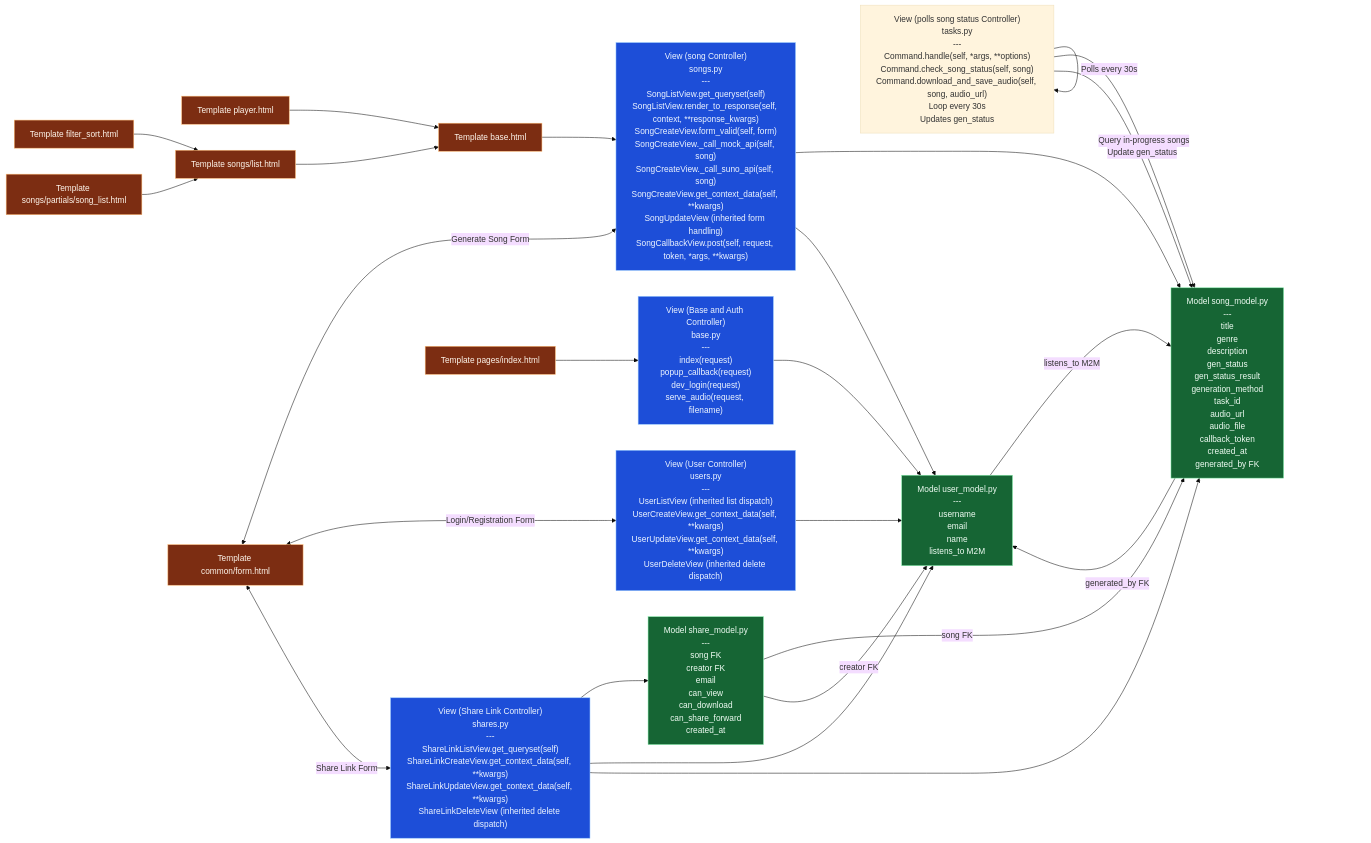
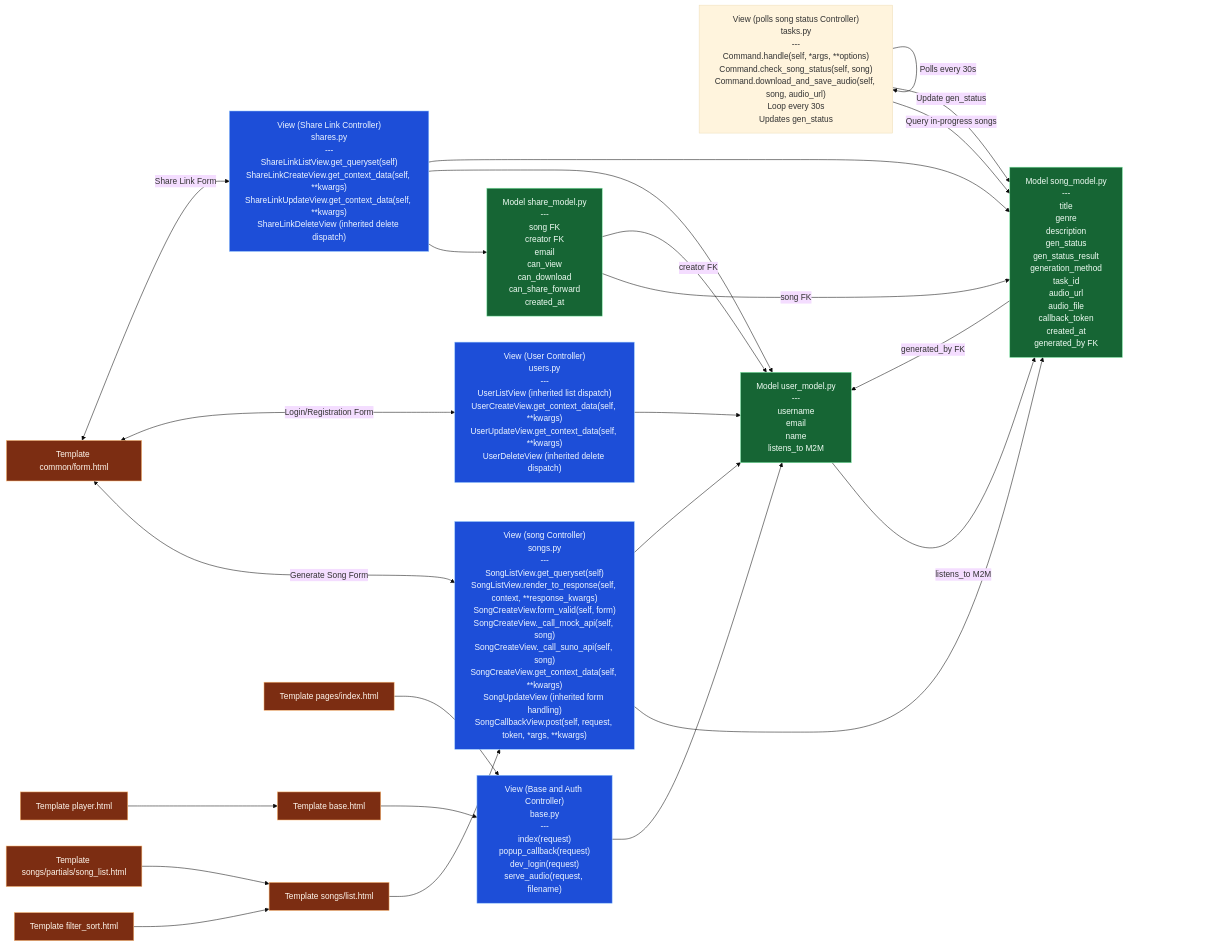
Before and after one commit to taamtera/musicprojectdjango: the first of 3 diagrams in README.md, drawn with Mermaid (base theme).

````diff
--- a/README.md
+++ b/README.md
@@ -76,65 +76,65 @@
 ```mermaid
 flowchart LR
 
    %% View/View Layer
    VB["View (Base and Auth Controller)<br/>base.py<br/>---<br/>index(request)<br/>popup_callback(request)<br/>dev_login(request)<br/>serve_audio(request, filename)"]
    VS["View (song Controller)<br/>songs.py<br/>---<br/>SongListView.get_queryset(self)<br/>SongListView.render_to_response(self, context, **response_kwargs)<br/>SongCreateView.form_valid(self, form)<br/>SongCreateView._call_mock_api(self, song)<br/>SongCreateView._call_suno_api(self, song)<br/>SongCreateView.get_context_data(self, **kwargs)<br/>SongUpdateView (inherited form handling)<br/>SongCallbackView.post(self, request, token, *args, **kwargs)"]
    VU["View (User Controller)<br/>users.py<br/>---<br/>UserListView (inherited list dispatch)<br/>UserCreateView.get_context_data(self, **kwargs)<br/>UserUpdateView.get_context_data(self, **kwargs)<br/>UserDeleteView (inherited delete dispatch)"]
    VSH["View (Share Link Controller)<br/>shares.py<br/>---<br/>ShareLinkListView.get_queryset(self)<br/>ShareLinkCreateView.get_context_data(self, **kwargs)<br/>ShareLinkUpdateView.get_context_data(self, **kwargs)<br/>ShareLinkDeleteView (inherited delete dispatch)"]
    VP["View (polls song status Controller)<br/>tasks.py<br/>---<br/>Command.handle(self, *args, **options)<br/>Command.check_song_status(self, song)<br/>Command.download_and_save_audio(self, song, audio_url)<br/>Loop every 30s<br/>Updates gen_status"]
 
    %% Model Layer
    MU["Model user_model.py<br/>---<br/>username<br/>email<br/>name<br/>listens_to M2M"]
    MS["Model song_model.py<br/>---<br/>title<br/>genre<br/>description<br/>gen_status<br/>gen_status_result<br/>generation_method<br/>task_id<br/>audio_url<br/>audio_file<br/>callback_token<br/>created_at<br/>generated_by FK"]
    MSL["Model share_model.py<br/>---<br/>song FK<br/>creator FK<br/>email<br/>can_view<br/>can_download<br/>can_share_forward<br/>created_at"]
 
    %% Template Layer
    TB["Template base.html"]
    TP["Template player.html"]
    TF["Template filter_sort.html"]
    TL["Template songs/list.html"]
    TLP["Template songs/partials/song_list.html"]
    TFORM["Template common/form.html"]
    TINDEX["Template pages/index.html"]
 
    %% View to models
    VB --> MU
    VS --> MS
    VS --> MU
    VU --> MU
    VSH --> MSL
    VSH --> MU
    VSH --> MS
    VP -->|Query in-progress songs| MS
    VP -->|Update gen_status| MS
    VP -->|Polls every 30s| VP
 
    %% Model relations
    MU -->|listens_to M2M| MS
    MS -->|generated_by FK| MU
    MSL -->|song FK| MS
    MSL -->|creator FK| MU
 
    %% Template to views
+   TL --> VS
    TINDEX --> VB 
-   TB --> VS  
+   TB --> VB  
    TFORM <--> |Generate Song Form| VS 
    TFORM <--> |Login/Registration Form| VU 
    TFORM <--> |Share Link Form| VSH 
 
    %% Template composition
    TF --> TL
    TLP --> TL
-   TP --> TB
-   TL --> TB  
+   TP --> TB  
 
    %% Color coding: M / V / T (+ routes)
    classDef route fill:#1f2937,stroke:#9ca3af,color:#f9fafb,stroke-width:1px;
    classDef view fill:#1d4ed8,stroke:#93c5fd,color:#eff6ff,stroke-width:1px;
    classDef model fill:#166534,stroke:#86efac,color:#f0fdf4,stroke-width:1px;
    classDef template fill:#7c2d12,stroke:#fdba74,color:#fff7ed,stroke-width:1px;
 
    class VB,VS,VU,VSH view;
    class MU,MS,MSL model;
    class TB,TP,TF,TL,TLP,TFORM,TINDEX template;
 ```
````
